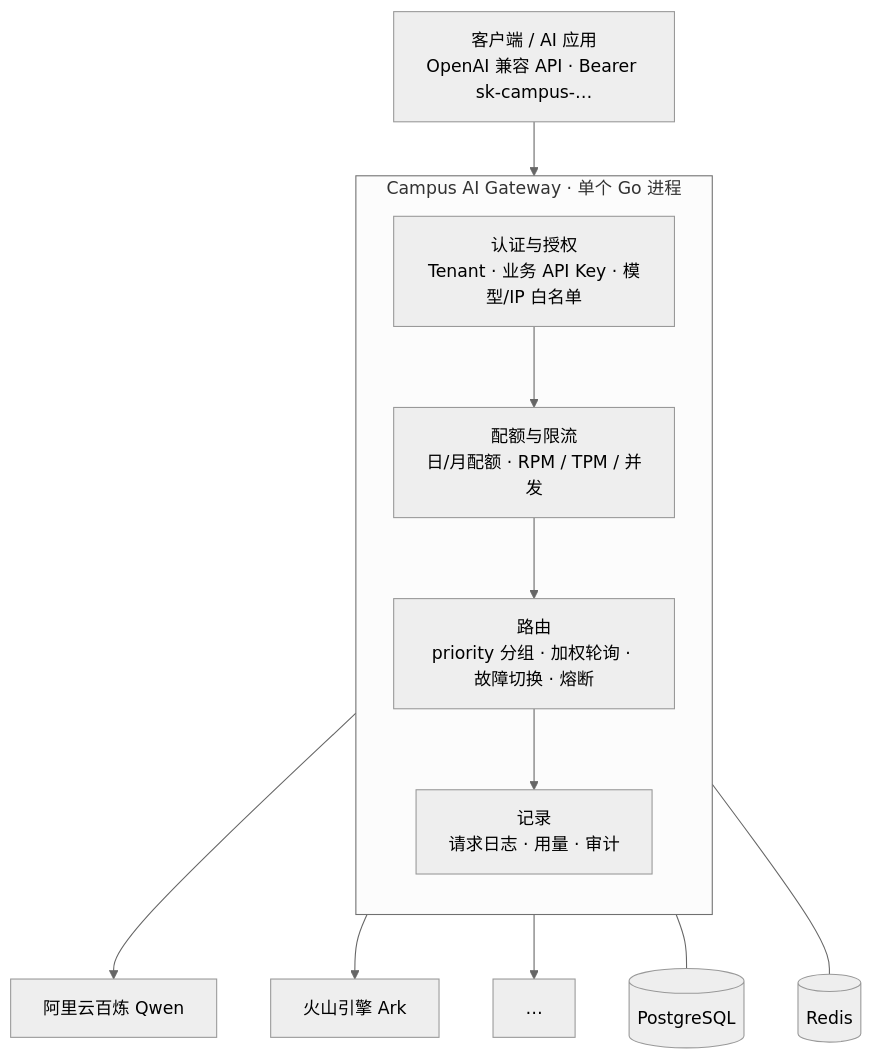
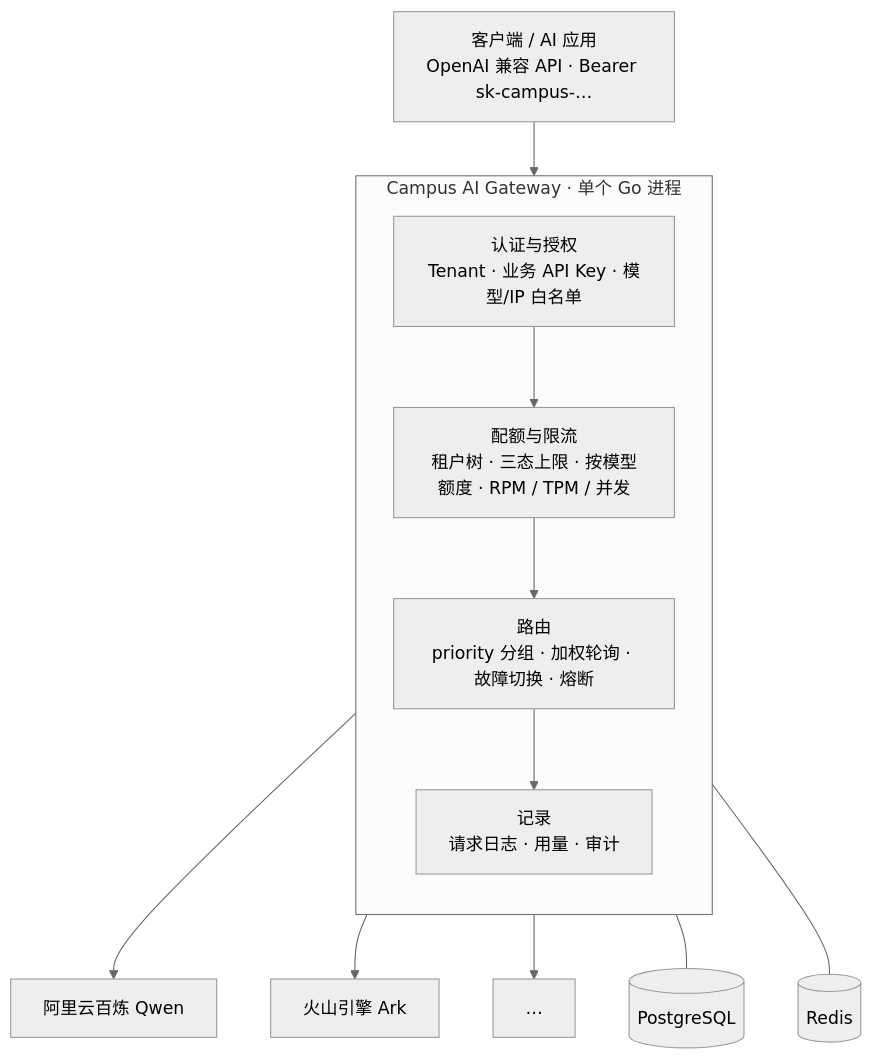
Before and after one commit to Jiusheng01/campus-ai-gateway: the diagram in README.zh-CN.md, drawn with Mermaid (neutral theme). The commit also changed other lines of this file and 5 other files, not shown here.

````diff
--- a/README.zh-CN.md
+++ b/README.zh-CN.md
@@ -78,20 +78,20 @@
 ```mermaid
 flowchart TB
     Client["客户端 / AI 应用<br/>OpenAI 兼容 API · Bearer sk-campus-…"] --> GW
 
     subgraph GW["Campus AI Gateway · 单个 Go 进程"]
         direction TB
         Auth["认证与授权<br/>Tenant · 业务 API Key · 模型/IP 白名单"]
-        Limit["配额与限流<br/>日/月配额 · RPM / TPM / 并发"]
+        Limit["配额与限流<br/>租户树 · 三态上限 · 按模型额度 · RPM / TPM / 并发"]
         Route["路由<br/>priority 分组 · 加权轮询 · 故障切换 · 熔断"]
         Record["记录<br/>请求日志 · 用量 · 审计"]
         Auth --> Limit --> Route --> Record
     end
 
     Route --> Qwen["阿里云百炼 Qwen"]
     Route --> Ark["火山引擎 Ark"]
     Route --> More["…"]
 
     GW --- PG[("PostgreSQL")]
     GW --- Redis[("Redis")]
 ```
````
